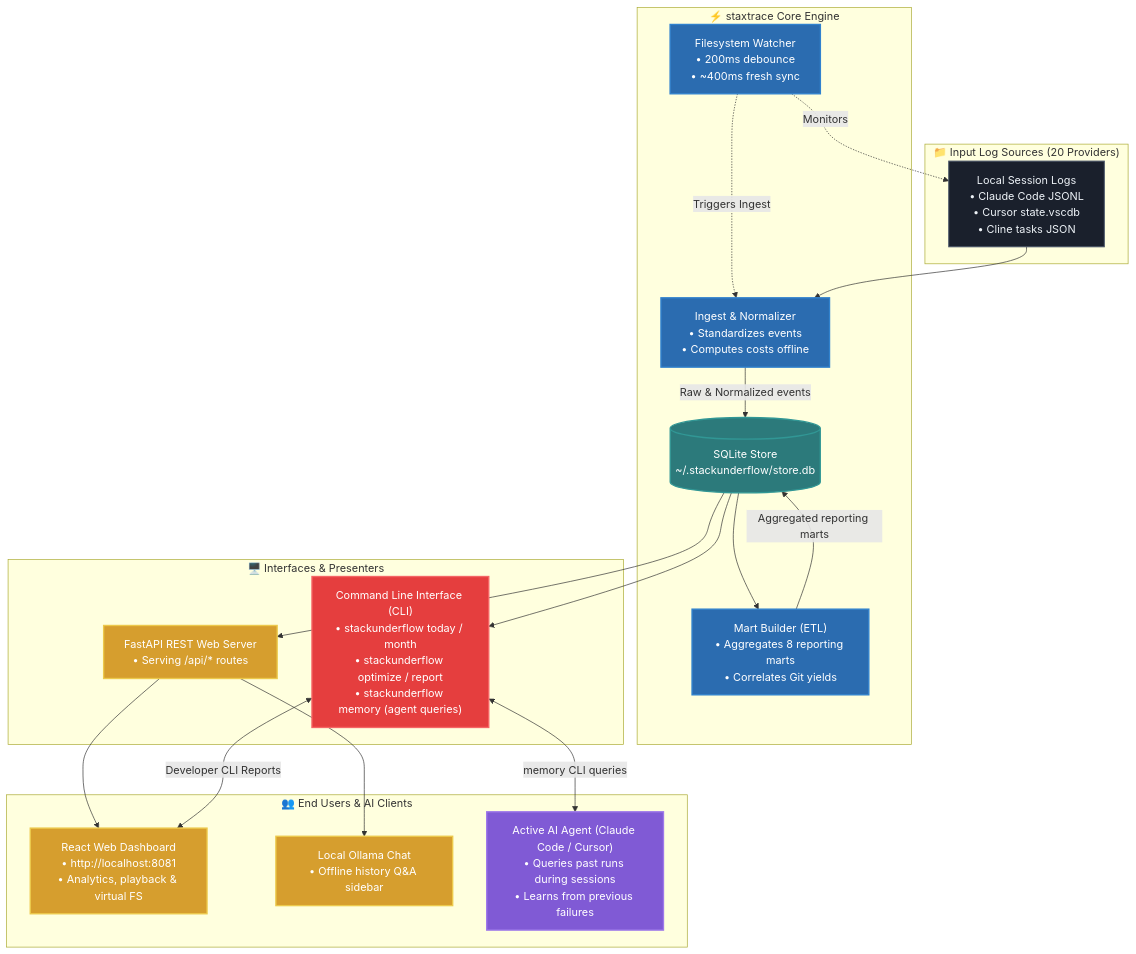
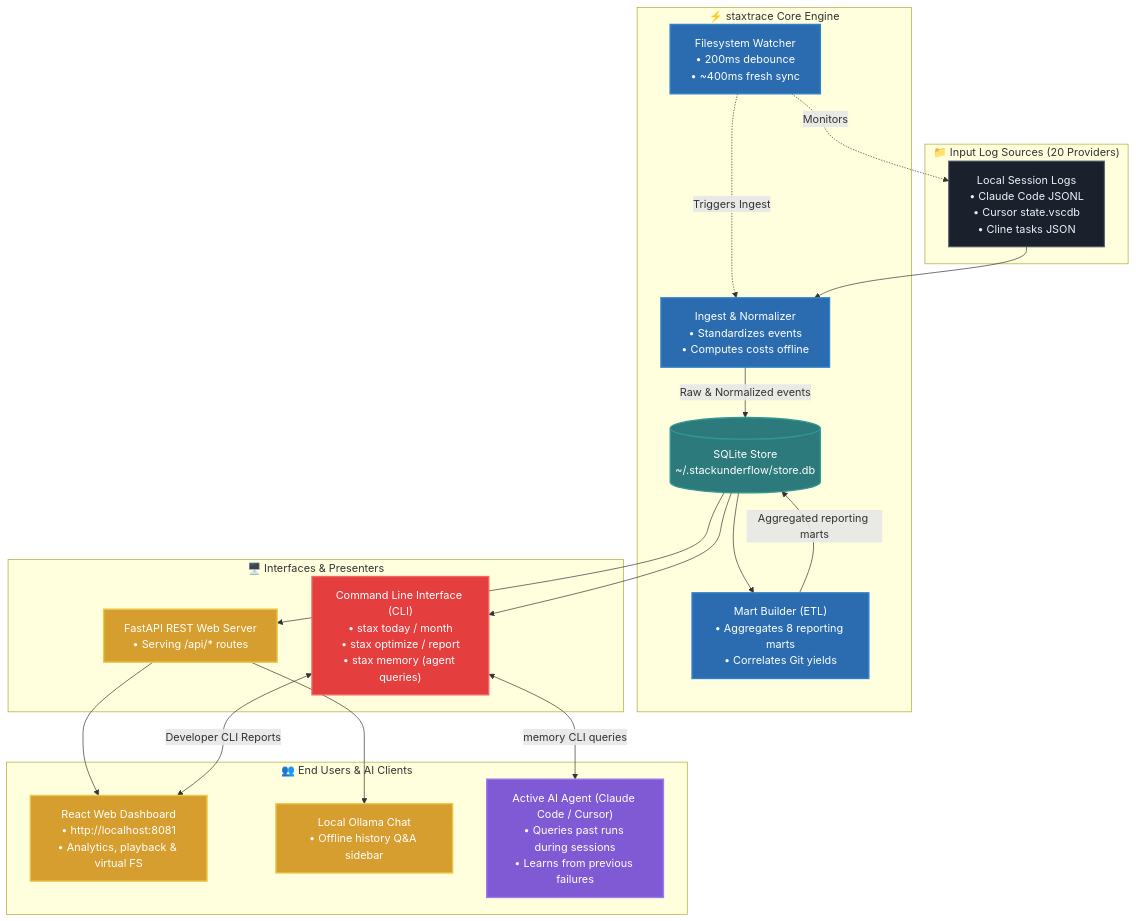
One commit to 0bserver07/StackUnderflow changed the diagram in README.md. Above: the diagram before and after it, drawn with Mermaid. The commit also changed other lines of this file and 132 other files, not shown here.

````diff
--- a/README.md
+++ b/README.md
@@ -293,63 +293,63 @@
 ```mermaid
 flowchart TD
     %% Theme Styling for Dark & Light Mode Legibility
     classDef source fill:#1A202C,stroke:#4A5568,stroke-width:1.5px,color:#EDF2F7;
     classDef pipeline fill:#2B6CB0,stroke:#3182CE,stroke-width:2px,color:#FFF;
     classDef db fill:#2C7A7B,stroke:#319795,stroke-width:2px,color:#FFF;
     classDef interface fill:#D69E2E,stroke:#ECC94B,stroke-width:2px,color:#FFF;
     classDef cli fill:#E53E3E,stroke:#F56565,stroke-width:2px,color:#FFF;
     classDef agent fill:#805AD5,stroke:#9F7AEA,stroke-width:2px,color:#FFF;
 
     %% 1. Log Sources
     subgraph Sources ["📁 Input Log Sources (20 Providers)"]
         Logs["Local Session Logs<br/>• Claude Code JSONL<br/>• Cursor state.vscdb<br/>• Cline tasks JSON"]
     end
     class Logs source;
 
     %% 2. Background Processing
     subgraph Engine ["⚡ staxtrace Core Engine"]
         Watcher["Filesystem Watcher<br/>• 200ms debounce<br/>• ~400ms fresh sync"]
         Ingest["Ingest & Normalizer<br/>• Standardizes events<br/>• Computes costs offline"]
         Store[("SQLite Store<br/>~/.stackunderflow/store.db")]
         ETL["Mart Builder (ETL)<br/>• Aggregates 8 reporting marts<br/>• Correlates Git yields"]
     end
     class Watcher,Ingest,ETL pipeline;
     class Store db;
 
     %% 3. Interfaces & Presentation
     subgraph Frontends ["🖥️ Interfaces & Presenters"]
         API["FastAPI REST Web Server<br/>• Serving /api/* routes"]
-        CLI["Command Line Interface (CLI)<br/>• stackunderflow today / month<br/>• stackunderflow optimize / report<br/>• stackunderflow memory (agent queries)"]
+        CLI["Command Line Interface (CLI)<br/>• stax today / month<br/>• stax optimize / report<br/>• stax memory (agent queries)"]
     end
     class API interface;
     class CLI cli;
 
     %% 4. Client / End User Applications
     subgraph Clients ["👥 End Users & AI Clients"]
         Dashboard["React Web Dashboard<br/>• http://localhost:8081<br/>• Analytics, playback & virtual FS"]
         Ollama["Local Ollama Chat<br/>• Offline history Q&A sidebar"]
         Agent["Active AI Agent (Claude Code / Cursor)<br/>• Queries past runs during sessions<br/>• Learns from previous failures"]
     end
     class Dashboard,Ollama interface;
     class Agent agent;
 
     %% Watcher Loop
     Watcher -.->|Monitors| Logs
     Watcher -.->|Triggers Ingest| Ingest
 
     %% Data Pipeline Flow
     Logs --> Ingest
     Ingest -->|Raw & Normalized events| Store
     Store --> ETL
     ETL -->|Aggregated reporting marts| Store
 
     %% Access Points
     Store --> API
     Store --> CLI
 
     %% Client Delivery
     API --> Dashboard
     API --> Ollama
     CLI <-->|memory CLI queries| Agent
     CLI <-->|Developer CLI Reports| Dashboard
 ```
````
